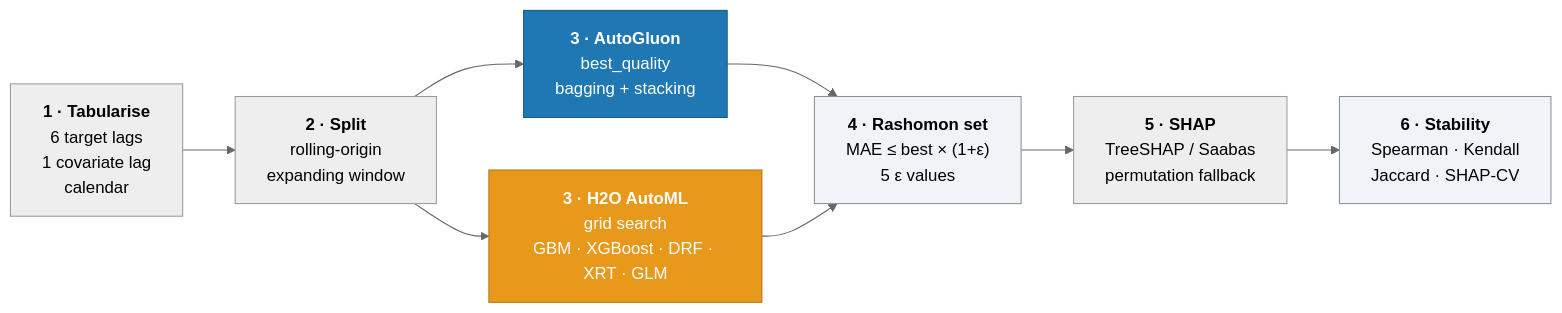
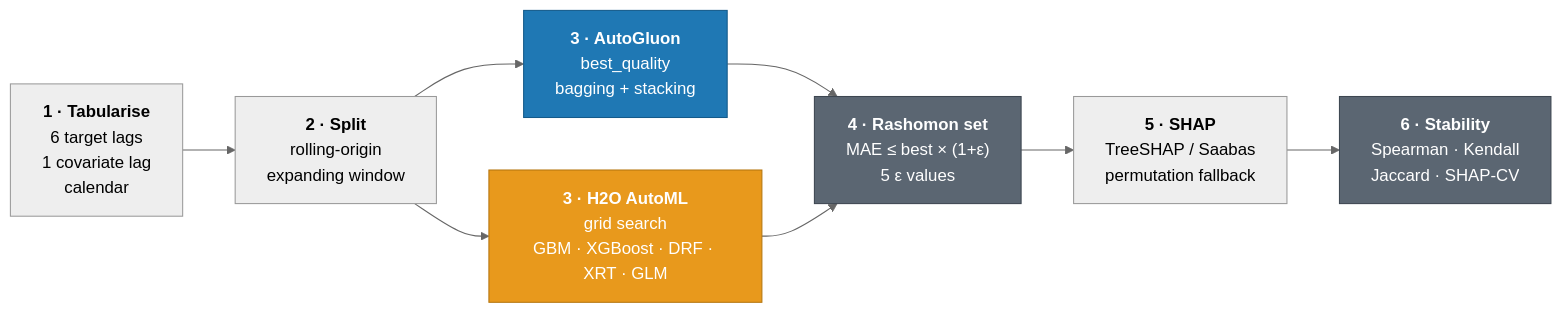
One commit to devika1402/rashomon-shap changed the diagram in README.md. Above: the diagram before and after it, drawn with Mermaid (neutral theme). The commit also changed other lines of this file and 3 other files, not shown here.

````diff
--- a/README.md
+++ b/README.md
@@ -65,15 +73,15 @@
 ```mermaid
 flowchart LR
     A["<b>1 &middot; Tabularise</b><br/>6 target lags<br/>1 covariate lag<br/>calendar"] --> B["<b>2 &middot; Split</b><br/>rolling-origin<br/>expanding window"]
     B --> C1["<b>3 &middot; AutoGluon</b><br/>best_quality<br/>bagging + stacking"]
     B --> C2["<b>3 &middot; H2O AutoML</b><br/>grid search<br/>GBM &middot; XGBoost &middot; DRF &middot; XRT &middot; GLM"]
     C1 --> D["<b>4 &middot; Rashomon set</b><br/>MAE &le; best &times; (1+&epsilon;)<br/>5 &epsilon; values"]
     C2 --> D
     D --> E["<b>5 &middot; SHAP</b><br/>TreeSHAP / Saabas<br/>permutation fallback"]
     E --> F["<b>6 &middot; Stability</b><br/>Spearman &middot; Kendall<br/>Jaccard &middot; SHAP-CV"]
 
     style C1 fill:#1F78B4,stroke:#145a8a,color:#fff
     style C2 fill:#E8991C,stroke:#b5760f,color:#fff
-    style D fill:#f0f4f8,stroke:#8A8F98
-    style F fill:#f0f4f8,stroke:#8A8F98
+    style D fill:#5b6672,stroke:#3d4650,color:#fff
+    style F fill:#5b6672,stroke:#3d4650,color:#fff
 ```
````
